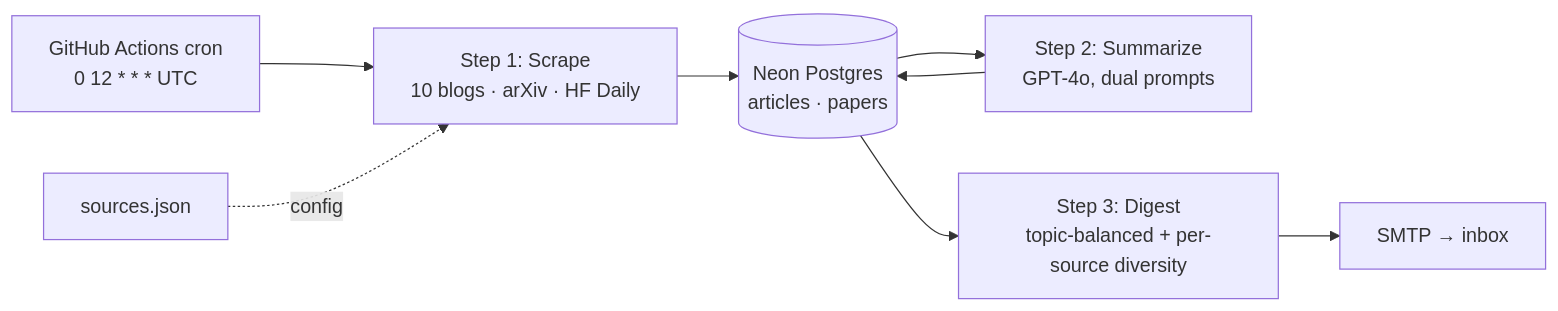
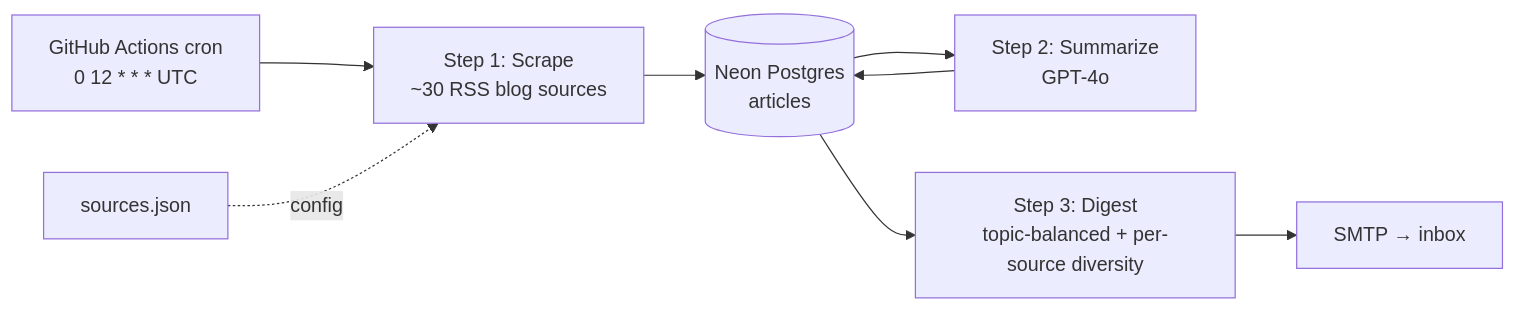
One commit to CrSamson/my-ai-news-aggregator changed the diagram in README.md. Above: the diagram before and after it, drawn with Mermaid. The commit also changed other lines of this file and 28 other files, not shown here.

First line of the commit message:
phase 2: remove arXiv & HuggingFace Daily Papers entirely

````diff
--- a/README.md
+++ b/README.md
@@ -21,11 +19,11 @@
 ```mermaid
 flowchart LR
-    Cron[GitHub Actions cron<br/>0 12 * * * UTC] --> Scrape[Step 1: Scrape<br/>10 blogs · arXiv · HF Daily]
+    Cron[GitHub Actions cron<br/>0 12 * * * UTC] --> Scrape[Step 1: Scrape<br/>~30 RSS blog sources]
     Cfg[sources.json] -.config.-> Scrape
 
-    Scrape --> DB[(Neon Postgres<br/>articles · papers)]
-    DB --> Sum[Step 2: Summarize<br/>GPT-4o, dual prompts]
+    Scrape --> DB[(Neon Postgres<br/>articles)]
+    DB --> Sum[Step 2: Summarize<br/>GPT-4o]
     Sum --> DB
     DB --> Dig[Step 3: Digest<br/>topic-balanced + per-source diversity]
     Dig --> Mail[SMTP → inbox]
 ```
````
